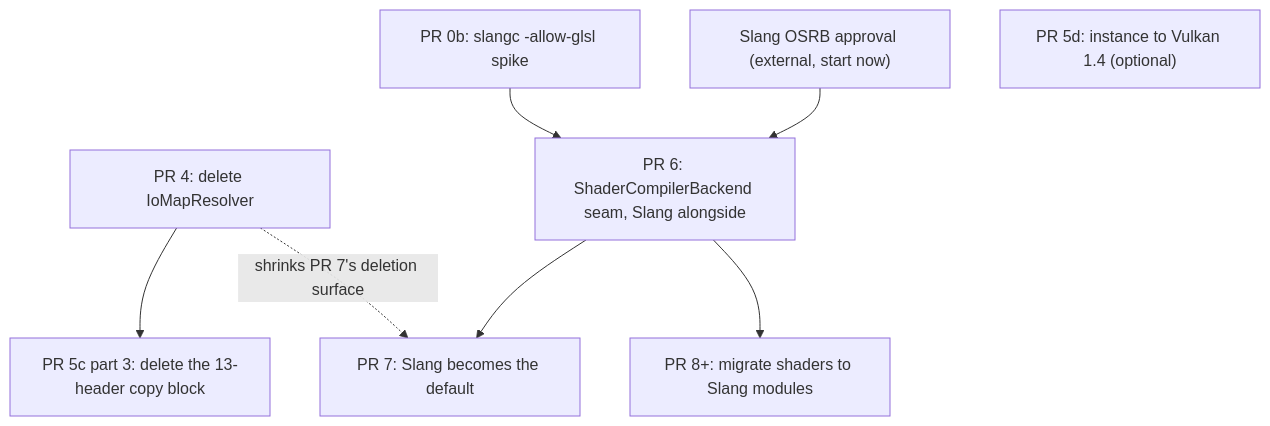
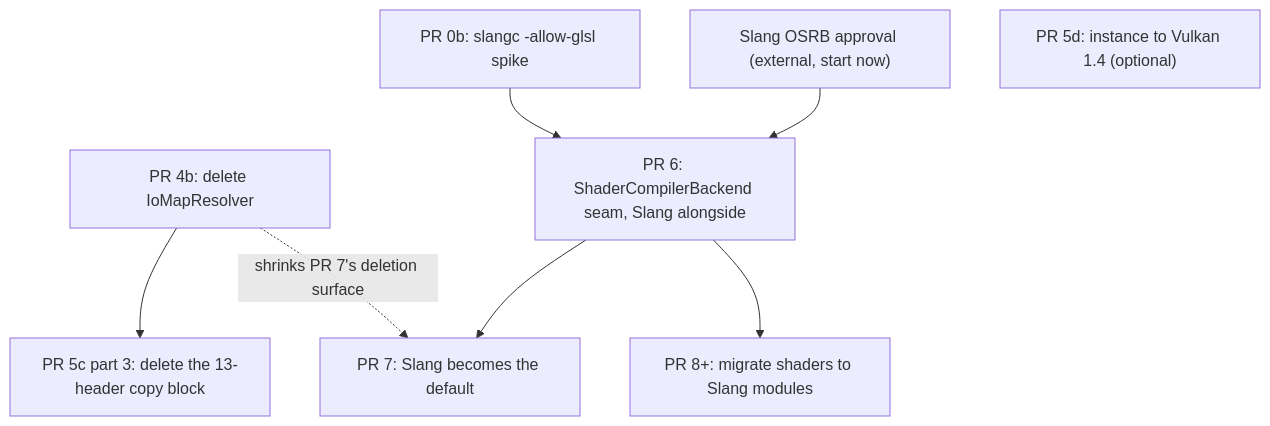
Before and after one commit to heavyai/heavydb: the diagram in .cursor/plans/remaining-slang-migration-work.md, drawn with Mermaid. The commit also changed other lines of this file, not shown here.

````diff
--- a/.cursor/plans/remaining-slang-migration-work.md
+++ b/.cursor/plans/remaining-slang-migration-work.md
@@ -51,18 +55,18 @@
 ```mermaid
 flowchart TD
     OSRB["Slang OSRB approval (external, start now)"]
     PR0b["PR 0b: slangc -allow-glsl spike"]
-    PR4["PR 4: delete IoMapResolver"]
+    PR4b["PR 4b: delete IoMapResolver"]
     PR5c3["PR 5c part 3: delete the 13-header copy block"]
     PR5d["PR 5d: instance to Vulkan 1.4 (optional)"]
     PR6["PR 6: ShaderCompilerBackend seam, Slang alongside"]
     PR7["PR 7: Slang becomes the default"]
     PR8["PR 8+: migrate shaders to Slang modules"]
 
-    PR4 --> PR5c3
+    PR4b --> PR5c3
     PR0b --> PR6
     OSRB --> PR6
     PR6 --> PR7
     PR6 --> PR8
-    PR4 -.->|"shrinks PR 7's deletion surface"| PR7
+    PR4b -.->|"shrinks PR 7's deletion surface"| PR7
 ```
````
